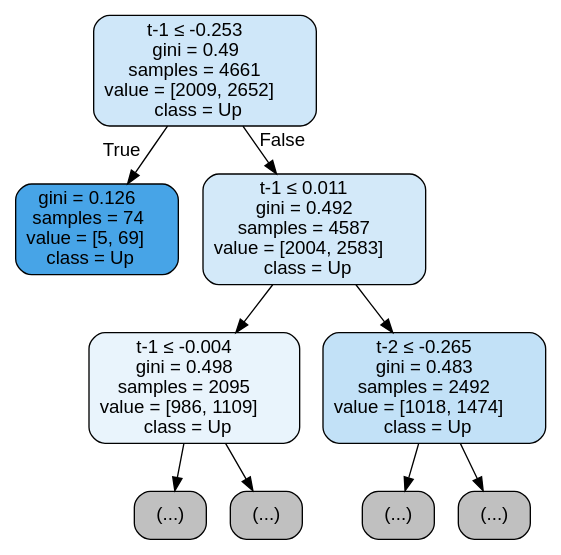
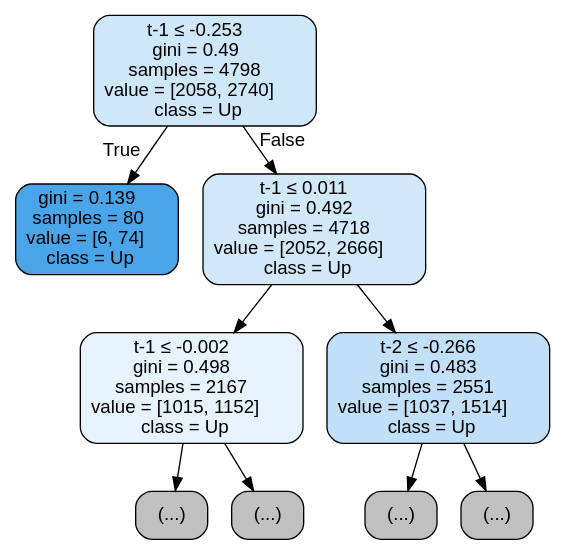
The diagram in notebooks/results/decision_trees/clf_tree_t2.dot (roboadvisor-fiuba/portfolio-predictor), drawn with Graphviz before and after one commit. The commit also changed 7 other files, not shown here.

```diff
--- a/notebooks/results/decision_trees/clf_tree_t2.dot
+++ b/notebooks/results/decision_trees/clf_tree_t2.dot
@@ -1,21 +1,21 @@
 digraph Tree {
 node [shape=box, style="filled, rounded", color="black", fontname="helvetica"] ;
 edge [fontname="helvetica"] ;
-0 [label=<t-1 &le; -0.253<br/>gini = 0.49<br/>samples = 4661<br/>value = [2009, 2652]<br/>class = Up>, fillcolor="#cfe7f9"] ;
-1 [label=<gini = 0.126<br/>samples = 74<br/>value = [5, 69]<br/>class = Up>, fillcolor="#47a4e7"] ;
+0 [label=<t-1 &le; -0.253<br/>gini = 0.49<br/>samples = 4798<br/>value = [2058, 2740]<br/>class = Up>, fillcolor="#cee7f9"] ;
+1 [label=<gini = 0.139<br/>samples = 80<br/>value = [6, 74]<br/>class = Up>, fillcolor="#49a5e7"] ;
 0 -> 1 [labeldistance=2.5, labelangle=45, headlabel="True"] ;
-2 [label=<t-1 &le; 0.011<br/>gini = 0.492<br/>samples = 4587<br/>value = [2004, 2583]<br/>class = Up>, fillcolor="#d3e9f9"] ;
+2 [label=<t-1 &le; 0.011<br/>gini = 0.492<br/>samples = 4718<br/>value = [2052, 2666]<br/>class = Up>, fillcolor="#d1e8f9"] ;
 0 -> 2 [labeldistance=2.5, labelangle=-45, headlabel="False"] ;
-3 [label=<t-1 &le; -0.004<br/>gini = 0.498<br/>samples = 2095<br/>value = [986, 1109]<br/>class = Up>, fillcolor="#e9f4fc"] ;
+3 [label=<t-1 &le; -0.002<br/>gini = 0.498<br/>samples = 2167<br/>value = [1015, 1152]<br/>class = Up>, fillcolor="#e7f3fc"] ;
 2 -> 3 ;
 4 [label="(...)", fillcolor="#C0C0C0"] ;
 3 -> 4 ;
 9 [label="(...)", fillcolor="#C0C0C0"] ;
 3 -> 9 ;
-10 [label=<t-2 &le; -0.265<br/>gini = 0.483<br/>samples = 2492<br/>value = [1018, 1474]<br/>class = Up>, fillcolor="#c2e1f7"] ;
+10 [label=<t-2 &le; -0.266<br/>gini = 0.483<br/>samples = 2551<br/>value = [1037, 1514]<br/>class = Up>, fillcolor="#c1e0f7"] ;
 2 -> 10 ;
 11 [label="(...)", fillcolor="#C0C0C0"] ;
 10 -> 11 ;
 12 [label="(...)", fillcolor="#C0C0C0"] ;
 10 -> 12 ;
 }
```
